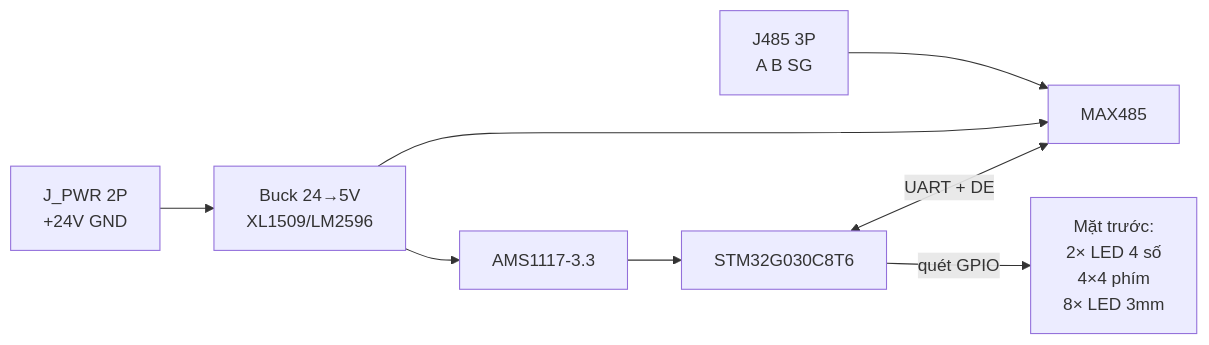
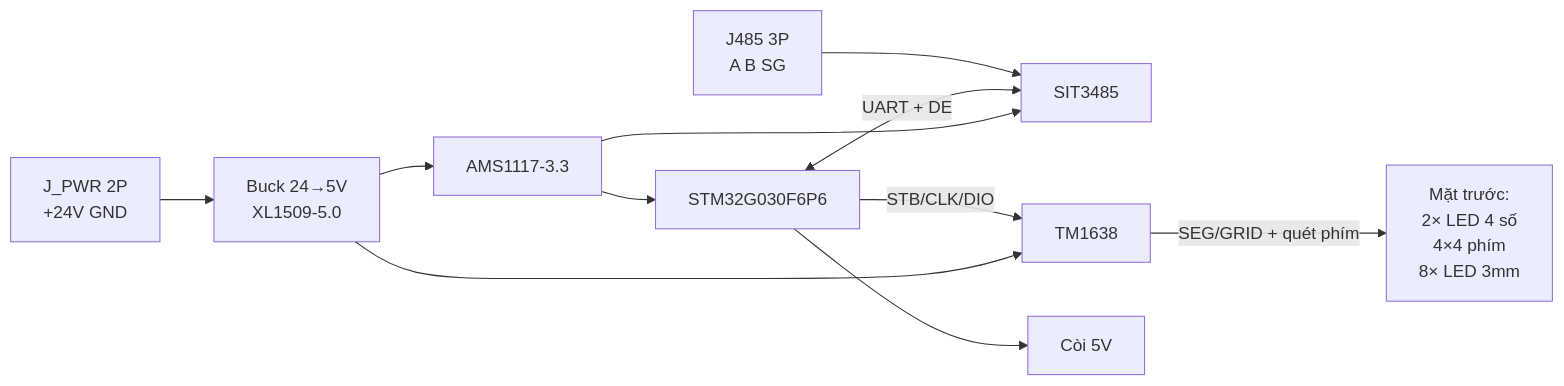
Before and after one commit to nguyenduchan/keyboard_rs485: the diagram in docs/SO_DO_NGUYEN_LY.md, drawn with Mermaid. The commit also changed other lines of this file and 148 other files, not shown here.

````diff
--- a/docs/SO_DO_NGUYEN_LY.md
+++ b/docs/SO_DO_NGUYEN_LY.md
@@ -5,18 +7,23 @@
 ```mermaid
 flowchart LR
   JPWR["J_PWR 2P\n+24V GND"]
   J485["J485 3P\nA B SG"]
-  PWR["Buck 24→5V\nXL1509/LM2596"]
+  PWR["Buck 24→5V\nXL1509-5.0"]
   LDO["AMS1117-3.3"]
-  STM["STM32G030C8T6"]
-  RS["MAX485"]
+  STM["STM32G030F6P6"]
+  RS["SIT3485"]
+  TM["TM1638"]
   UI["Mặt trước:\n2× LED 4 số\n4×4 phím\n8× LED 3mm"]
+  BZ["Còi 5V"]
 
   JPWR --> PWR
   PWR --> LDO
-  PWR --> RS
+  PWR --> TM
   LDO --> STM
-  STM -->|quét GPIO| UI
+  LDO --> RS
+  STM -->|STB/CLK/DIO| TM
+  TM -->|SEG/GRID + quét phím| UI
+  STM --> BZ
   STM <-->|UART + DE| RS
   J485 --> RS
 ```
````
